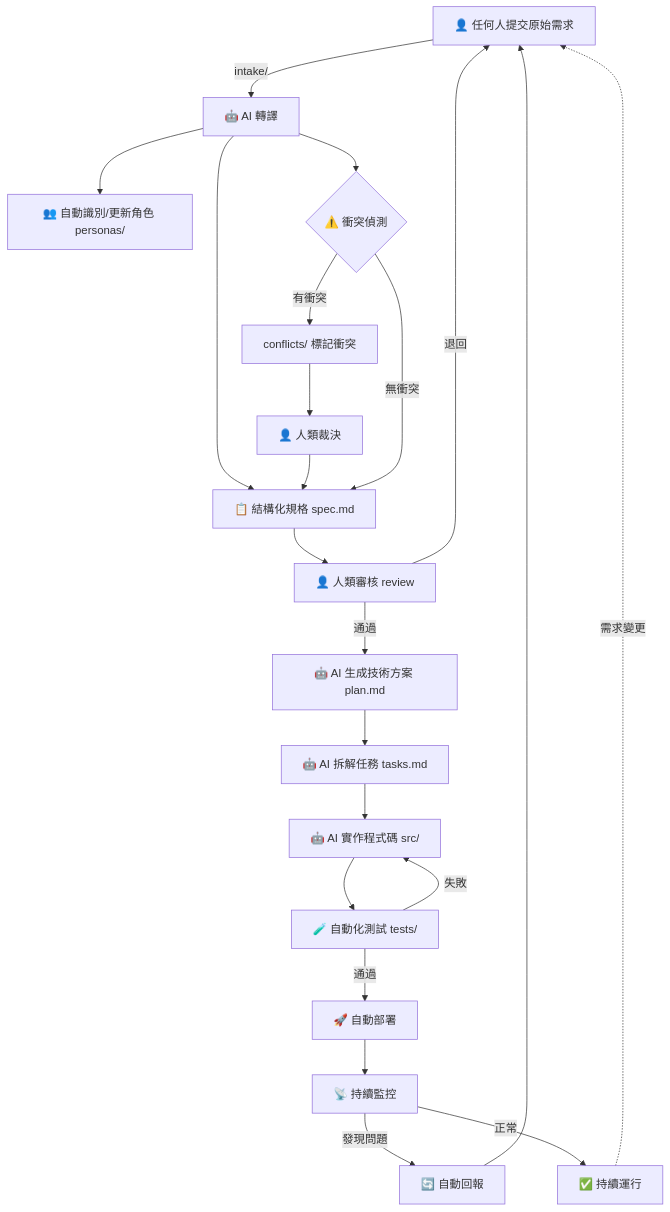
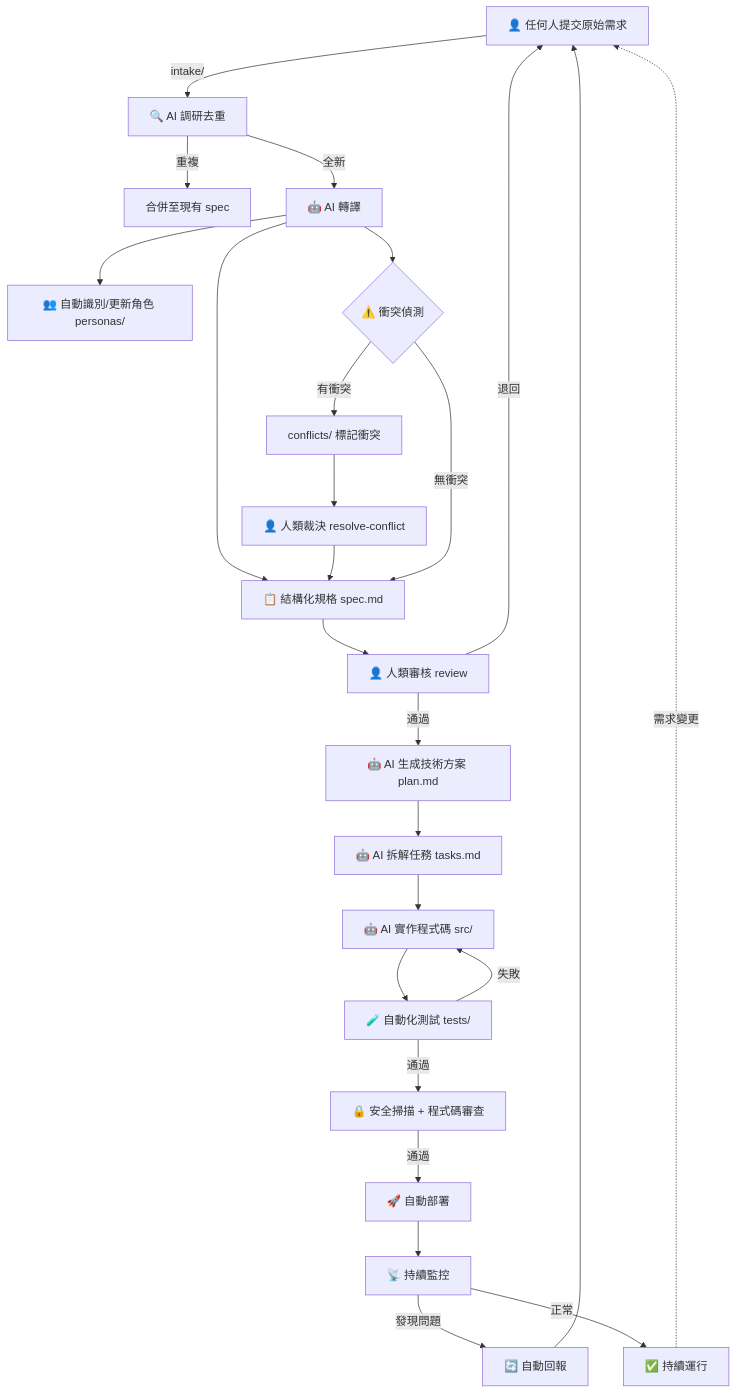
The diagram in README.md (adamou0408/airticket), drawn with Mermaid before and after one commit. The commit also changed other lines of this file and 38 other files, not shown here.

````diff
--- a/README.md
+++ b/README.md
@@ -37,24 +37,27 @@
 ```mermaid
 graph TD
-    A[👤 任何人提交原始需求] -->|intake/| B[🤖 AI 轉譯]
+    A[👤 任何人提交原始需求] -->|intake/| R[🔍 AI 調研去重]
+    R -->|重複| A2[合併至現有 spec]
+    R -->|全新| B[🤖 AI 轉譯]
     B --> C[📋 結構化規格 spec.md]
     B --> D[👥 自動識別/更新角色 personas/]
     B --> E{⚠️ 衝突偵測}
     E -->|有衝突| F[conflicts/ 標記衝突]
-    F --> G[👤 人類裁決]
+    F --> G[👤 人類裁決 resolve-conflict]
     G --> C
     E -->|無衝突| C
     C --> H[👤 人類審核 review]
     H -->|退回| A
     H -->|通過| I[🤖 AI 生成技術方案 plan.md]
     I --> J[🤖 AI 拆解任務 tasks.md]
     J --> K[🤖 AI 實作程式碼 src/]
     K --> L[🧪 自動化測試 tests/]
     L -->|失敗| K
-    L -->|通過| M[🚀 自動部署]
+    L -->|通過| L2[🔒 安全掃描 + 程式碼審查]
+    L2 -->|通過| M[🚀 自動部署]
     M --> N[📡 持續監控]
     N -->|發現問題| O[🔄 自動回報]
     O --> A
     N -->|正常| P[✅ 持續運行]
     P -.->|需求變更| A
 ```
````
